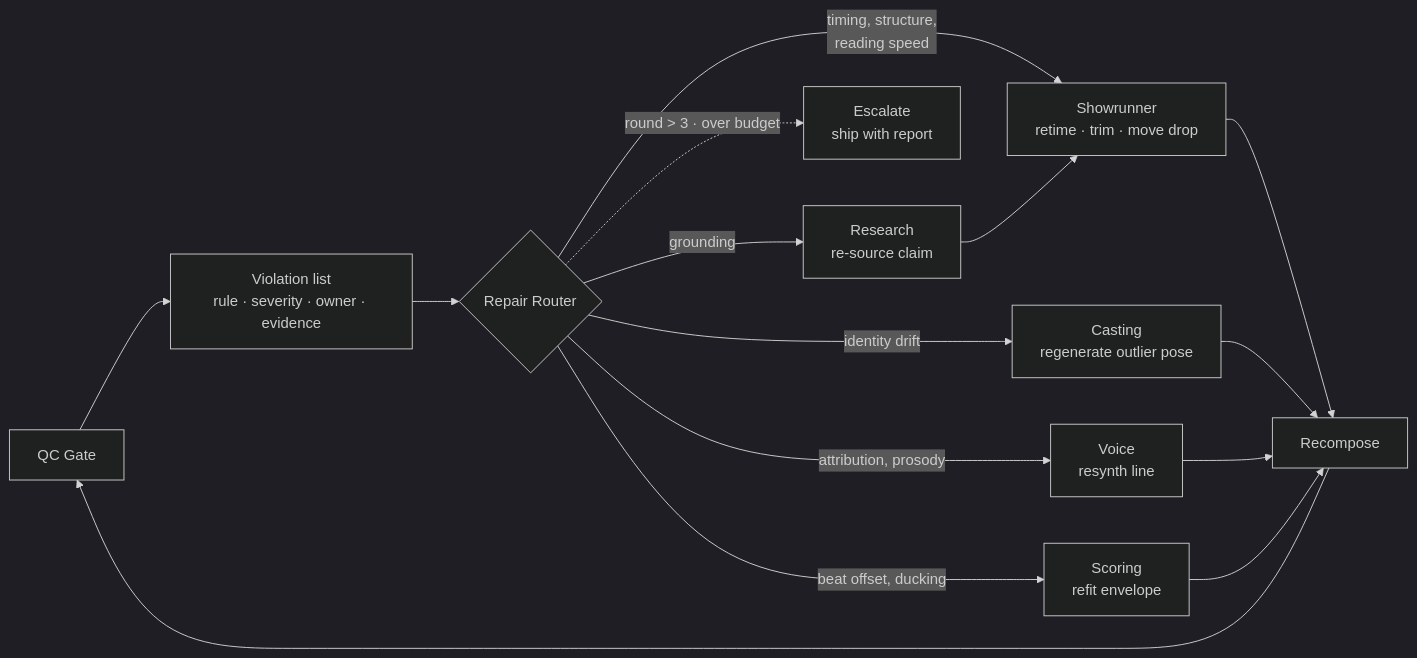
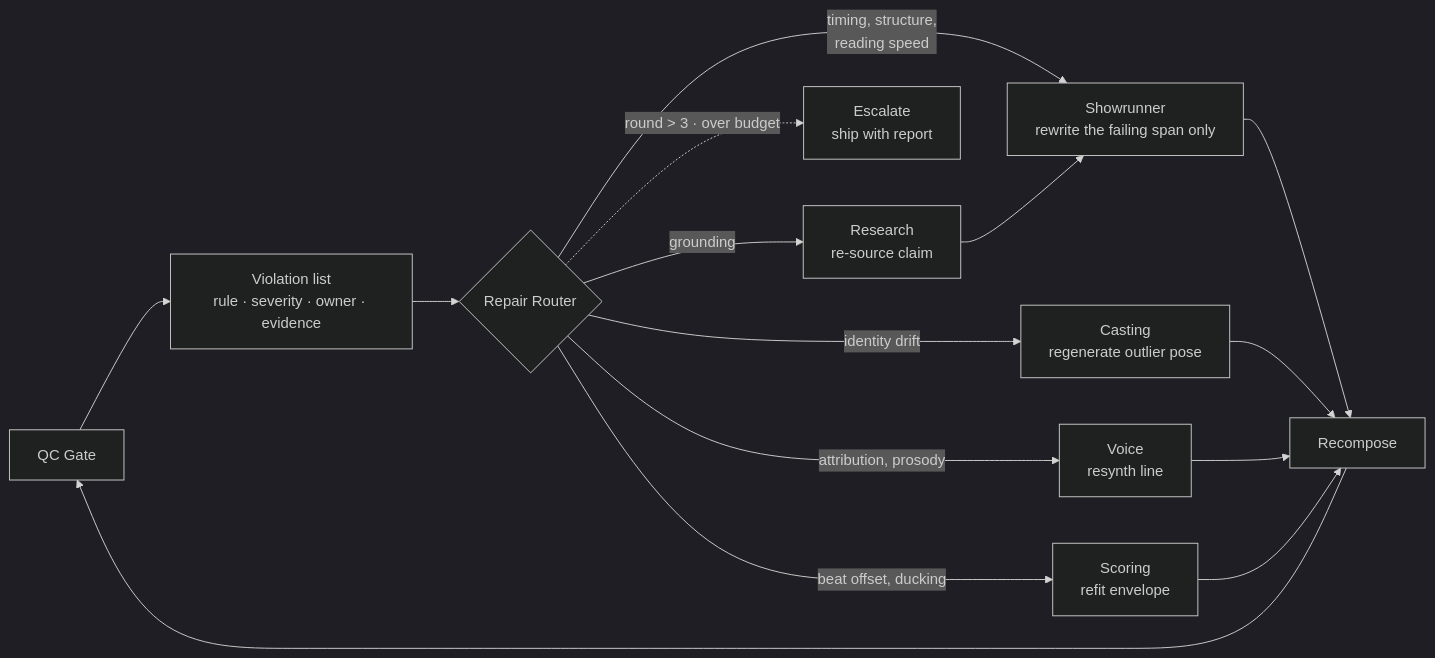
The second of 4 diagrams in ARCHITECTURE.md (ypatodkar/real-agent), drawn with Mermaid (dark theme) before and after one commit. The commit also changed other lines of this file and 2 other files, not shown here.

First line of the commit message:
Revise architecture: music-first ordering, split Showrunner, scoped repairs

````diff
--- a/ARCHITECTURE.md
+++ b/ARCHITECTURE.md
@@ -119,17 +159,17 @@
 ```mermaid
 flowchart LR
     QC["QC Gate"] --> V["Violation list<br/>rule · severity · owner · evidence"]
     V --> RR{"Repair Router"}
-    RR -- "timing, structure,<br/>reading speed" --> SH["Showrunner<br/>retime · trim · move drop"]
+    RR -- "timing, structure,<br/>reading speed" --> SH["Showrunner<br/>rewrite the failing span only"]
     RR -- "identity drift" --> CA["Casting<br/>regenerate outlier pose"]
     RR -- "attribution, prosody" --> VO["Voice<br/>resynth line"]
     RR -- "beat offset, ducking" --> SC["Scoring<br/>refit envelope"]
     RR -- "grounding" --> RE["Research<br/>re-source claim"]
     SH --> RC["Recompose"]
     CA --> RC
     VO --> RC
     SC --> RC
     RE --> SH
     RC --> QC
     RR -. "round > 3 · over budget" .-> ESC["Escalate<br/>ship with report"]
 ```
````
